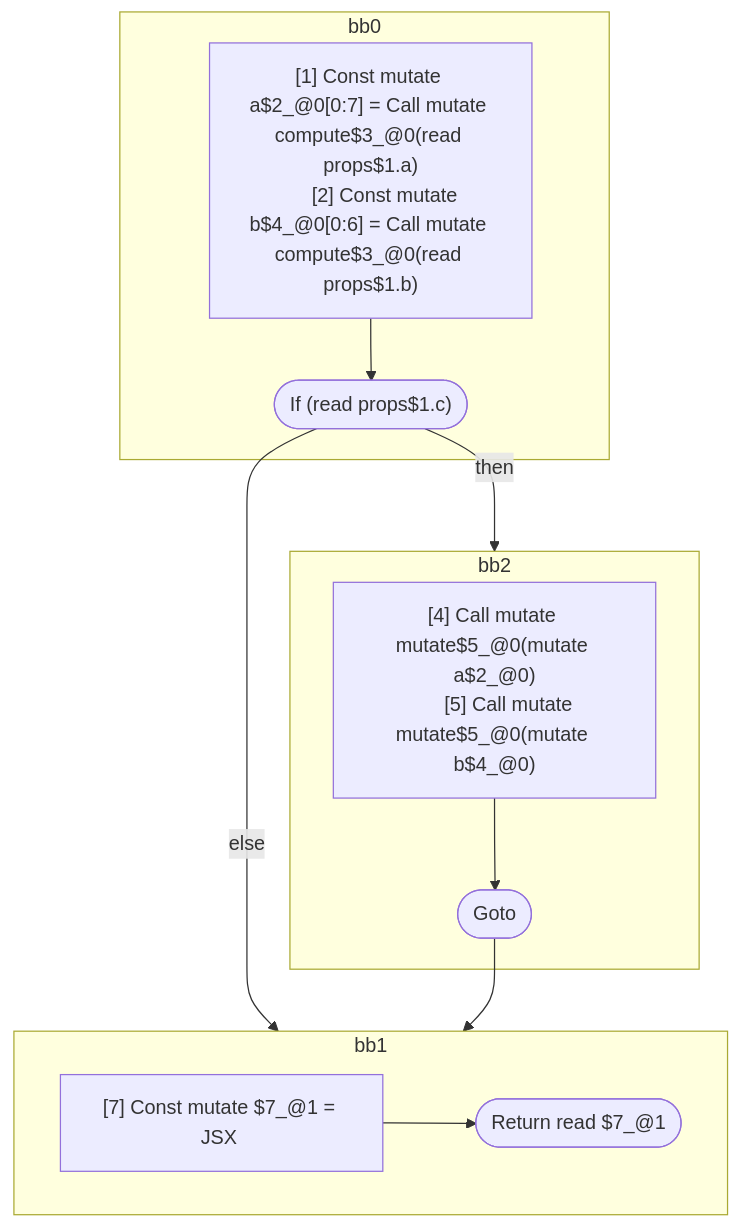
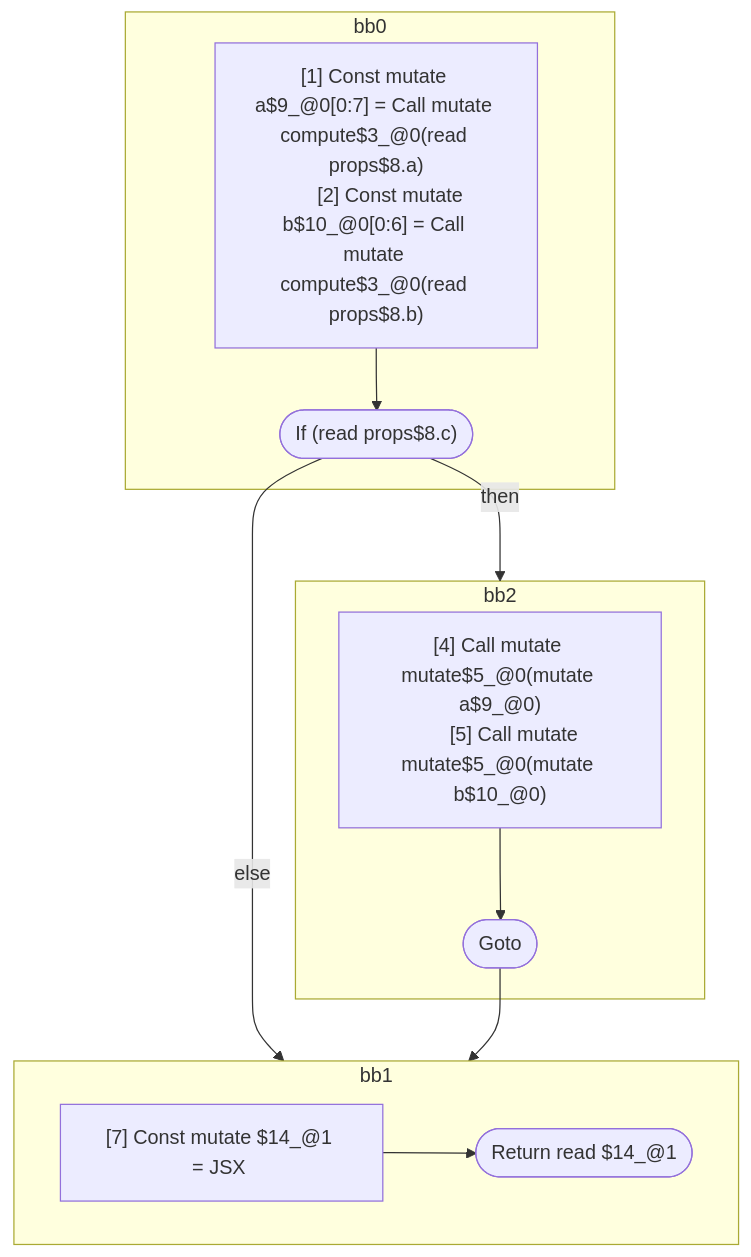
Before and after one commit to wutsmog/private: the fifth of 5 diagrams in compiler/forget/src/__tests__/fixtures/hir/independent-across-if.expect.md, drawn with Mermaid. The commit also changed other lines of this file and 59 other files, not shown here.

````diff
--- a/compiler/forget/src/__tests__/fixtures/hir/independent-across-if.expect.md
+++ b/compiler/forget/src/__tests__/fixtures/hir/independent-across-if.expect.md
@@ -160,30 +160,30 @@
 ```mermaid
 flowchart TB
   %% Basic Blocks
   subgraph bb0
     bb0_instrs["
-      [1] Const mutate a$2_@0[0:7] = Call mutate compute$3_@0(read props$1.a)
-      [2] Const mutate b$4_@0[0:6] = Call mutate compute$3_@0(read props$1.b)
+      [1] Const mutate a$9_@0[0:7] = Call mutate compute$3_@0(read props$8.a)
+      [2] Const mutate b$10_@0[0:6] = Call mutate compute$3_@0(read props$8.b)
     "]
-    bb0_instrs --> bb0_terminal(["If (read props$1.c)"])
+    bb0_instrs --> bb0_terminal(["If (read props$8.c)"])
   end
   subgraph bb2
     bb2_instrs["
-      [4] Call mutate mutate$5_@0(mutate a$2_@0)
-      [5] Call mutate mutate$5_@0(mutate b$4_@0)
+      [4] Call mutate mutate$5_@0(mutate a$9_@0)
+      [5] Call mutate mutate$5_@0(mutate b$10_@0)
     "]
     bb2_instrs --> bb2_terminal(["Goto"])
   end
   subgraph bb1
     bb1_instrs["
-      [7] Const mutate $7_@1 = JSX <read Foo$6 a={freeze a$2_@0} b={freeze b$4_@0} ></read Foo$6>
+      [7] Const mutate $14_@1 = JSX <read Foo$6 a={freeze a$9_@0} b={freeze b$10_@0} ></read Foo$6>
     "]
-    bb1_instrs --> bb1_terminal(["Return read $7_@1"])
+    bb1_instrs --> bb1_terminal(["Return read $14_@1"])
   end
 
   %% Jumps
   bb0_terminal -- "then" --> bb2
   bb0_terminal -- "else" --> bb1
   bb2_terminal --> bb1
 
 ```
````
